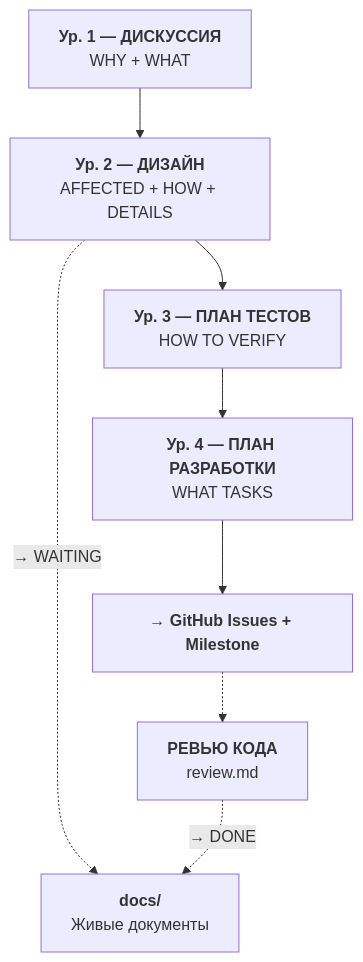
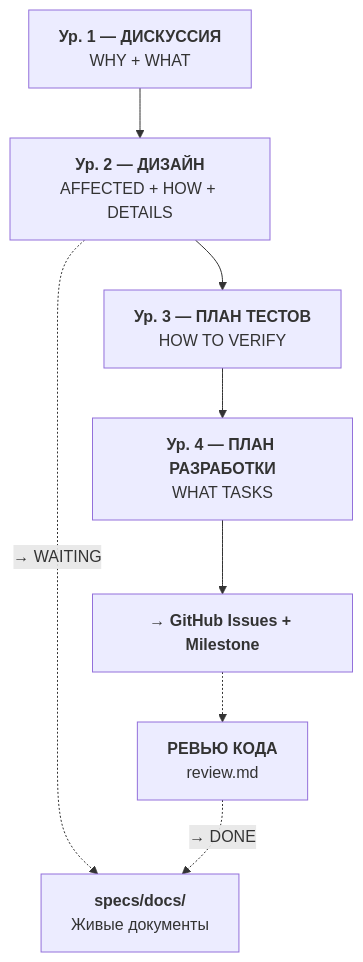
The first of 6 diagrams in specs/.instructions/analysis/standard-analysis.md (NSEvteev/FullSpec), drawn with Mermaid before and after one commit. The commit also changed other lines of this file and 42 other files, not shown here.

````diff
--- a/specs/.instructions/analysis/standard-analysis.md
+++ b/specs/.instructions/analysis/standard-analysis.md
@@ -115,16 +115,16 @@
 ```mermaid
 graph TD
     D["<b>Ур. 1 — ДИСКУССИЯ</b><br/>WHY + WHAT"]
     DE["<b>Ур. 2 — ДИЗАЙН</b><br/>AFFECTED + HOW + DETAILS"]
     T["<b>Ур. 3 — ПЛАН ТЕСТОВ</b><br/>HOW TO VERIFY"]
     P["<b>Ур. 4 — ПЛАН РАЗРАБОТКИ</b><br/>WHAT TASKS"]
     REV["<b>РЕВЬЮ КОДА</b><br/>review.md"]
-    DOCS["<b>docs/</b><br/>Живые документы"]
+    DOCS["<b>specs/docs/</b><br/>Живые документы"]
     DEV["<b>→ GitHub Issues + Milestone</b>"]
 
     D --> DE --> T --> P
     DE -. "→ WAITING" .-> DOCS
     P --> DEV
     DEV -.-> REV
     REV -. "→ DONE" .-> DOCS
 ```
````
